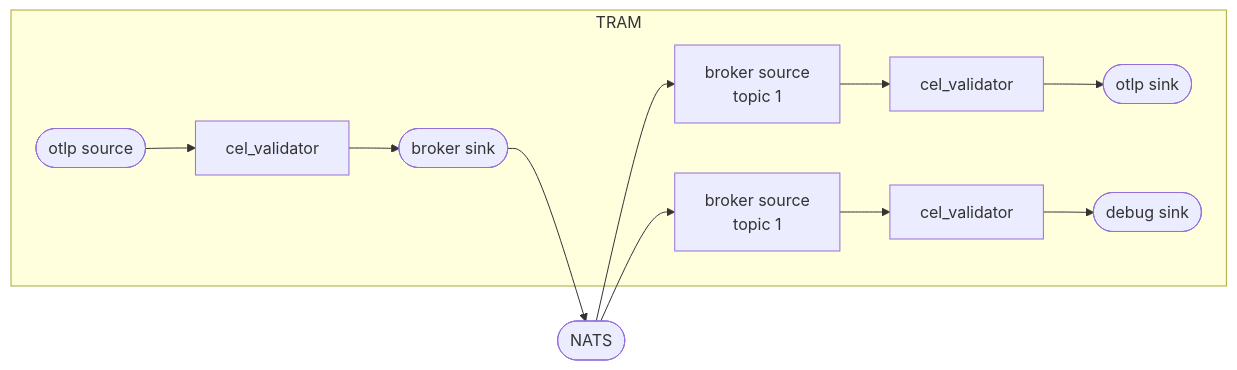
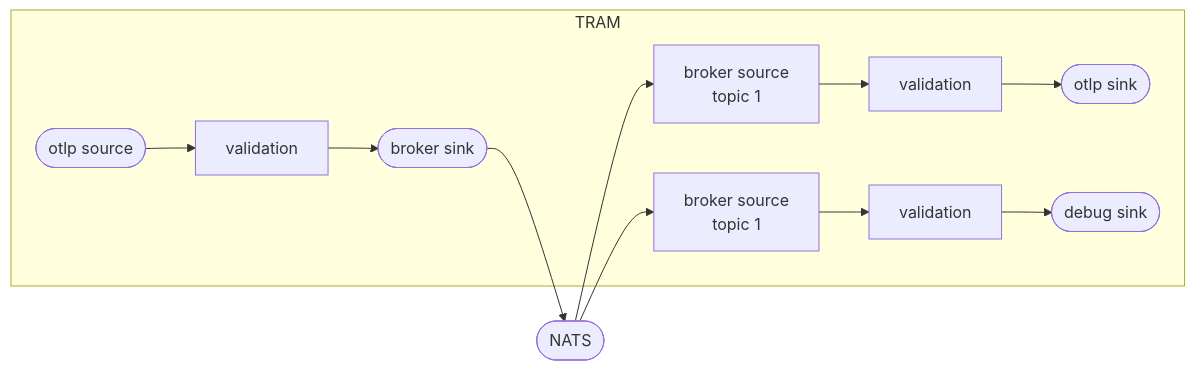
One commit to GO-TRAM/TRAM changed the third of 3 diagrams in README.md. Above: the diagram before and after it, drawn with Mermaid. The commit also changed other lines of this file and 63 other files, not shown here.

````diff
--- a/README.md
+++ b/README.md
@@ -336,27 +336,27 @@
 ```mermaid
 flowchart LR
     nats(["NATS"]) --> src1["broker source<br>topic 1"]
     nats --> src2["broker source<br>topic 1"]
     otlp_in(["otlp source"])
 
-    src1 --> val1["cel_validator"]
-    src2 --> val2["cel_validator"]
-    otlp_in --> val3["cel_validator"]
+    src1 --> val1["validation"]
+    src2 --> val2["validation"]
+    otlp_in --> val3["validation"]
 
     val1 --> sink1(["otlp sink"])
     val2 --> sink2(["debug sink"])
     val3 --> sink3(["broker sink"])
     sink3 --> nats
 
     subgraph tram["TRAM"]
         src1
         val1
         sink1
         src2
         val2
         sink2
         otlp_in
         val3
         sink3
     end
 ```
````
